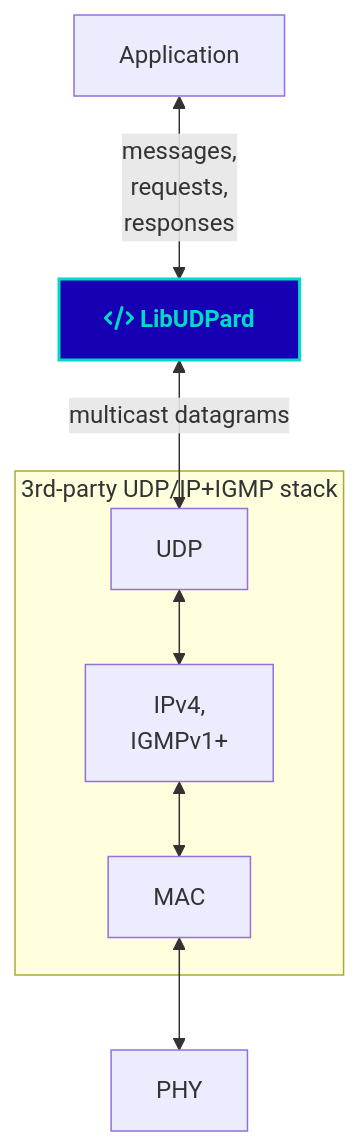
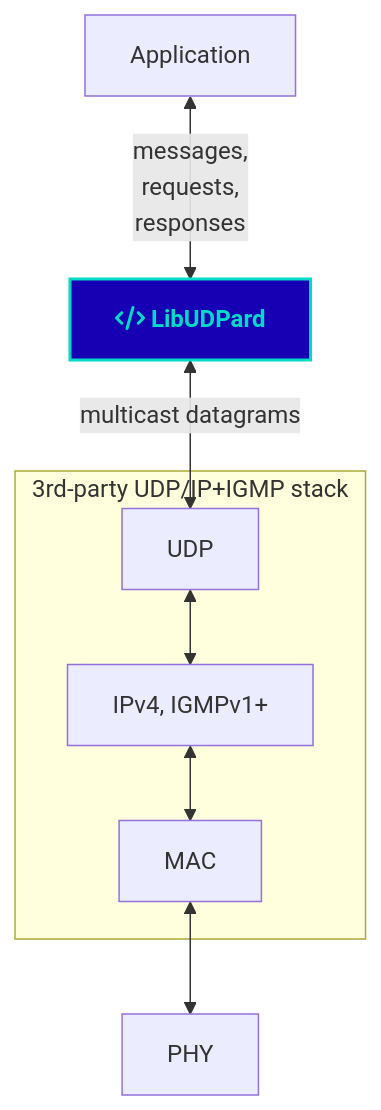
One commit to OpenCyphal/libudpard changed the diagram in README.md. Above: the diagram before and after it, drawn with Mermaid.

````diff
--- a/README.md
+++ b/README.md
@@ -56,12 +56,12 @@
 ```mermaid
 %%{init: {"fontFamily": "Ubuntu Mono, monospace", "flowchart": {"curve": "basis"}}}%%
 flowchart TD
     classDef OpenCyphal color:#00DAC6,fill:#1700b3,stroke:#00DAC6,stroke-width:2px,font-weight:600
     Application <-->|messages,\nrequests,\nresponses| LibUDPard[fa:fa-code LibUDPard]
     class LibUDPard OpenCyphal
     LibUDPard <-->|multicast datagrams| UDP
     subgraph domain_udpip["3rd-party UDP/IP+IGMP stack"]
-        UDP <--> IP["IPv4,\nIGMPv1+"] <--> MAC
+        UDP <--> IP["IPv4, IGMPv1+"] <--> MAC
     end
     MAC <--> PHY
 ```
````
